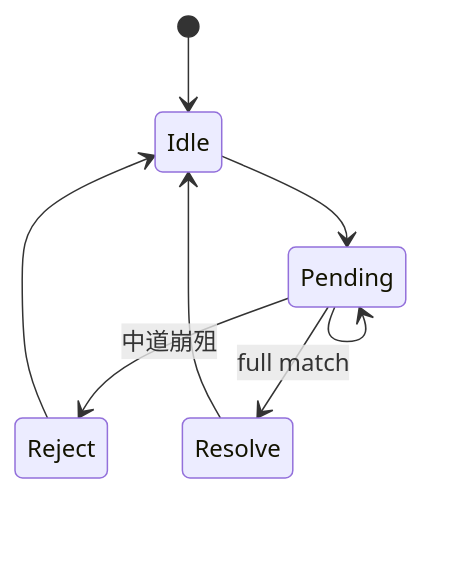
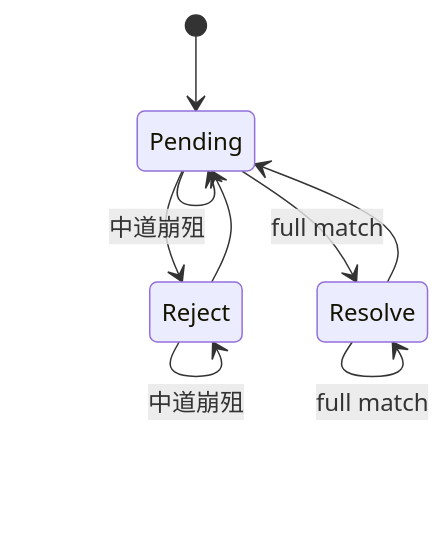
One commit to YDX-2147483647/SoC_Design_Archive changed the second of 2 diagrams in GPZDA/ReadMe.md. Above: the diagram before and after it, drawn with Mermaid.

Commit message:
更新Comparer的图

````diff
--- a/GPZDA/ReadMe.md
+++ b/GPZDA/ReadMe.md
@@ -37,12 +37,13 @@
 ```mermaid
 stateDiagram-v2
-    [*] --> Idle
-    Idle --> Pending
+    [*] --> Pending
     
     Pending --> Pending
     Pending --> Reject : 中道崩殂
     Pending --> Resolve : full match
     
-    Reject --> Idle
-    Resolve --> Idle
+    Reject --> Pending
+    Reject --> Reject : 中道崩殂
+    Resolve --> Pending
+    Resolve --> Resolve : full match
 ```
````
